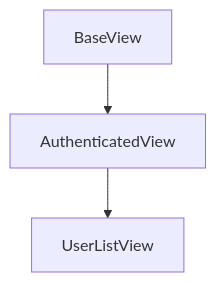
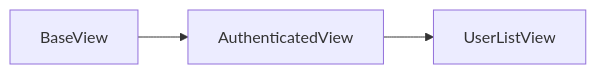
Before and after one commit to AvadhBhalodiya/Interview-Preparation: the sixth of 6 diagrams in src/content/python/oop-inheritance-mro-super.md, drawn with Mermaid. The commit also changed other lines of this file and 80 other files, not shown here.

````diff
--- a/src/content/python/oop-inheritance-mro-super.md
+++ b/src/content/python/oop-inheritance-mro-super.md
@@ -730,5 +678,4 @@
 ```mermaid
-flowchart TD
-    A[BaseView] --> B[AuthenticatedView]
-    B --> C[UserListView]
+flowchart LR
+    A[BaseView] --> B[AuthenticatedView] --> C[UserListView]
 ```
````
